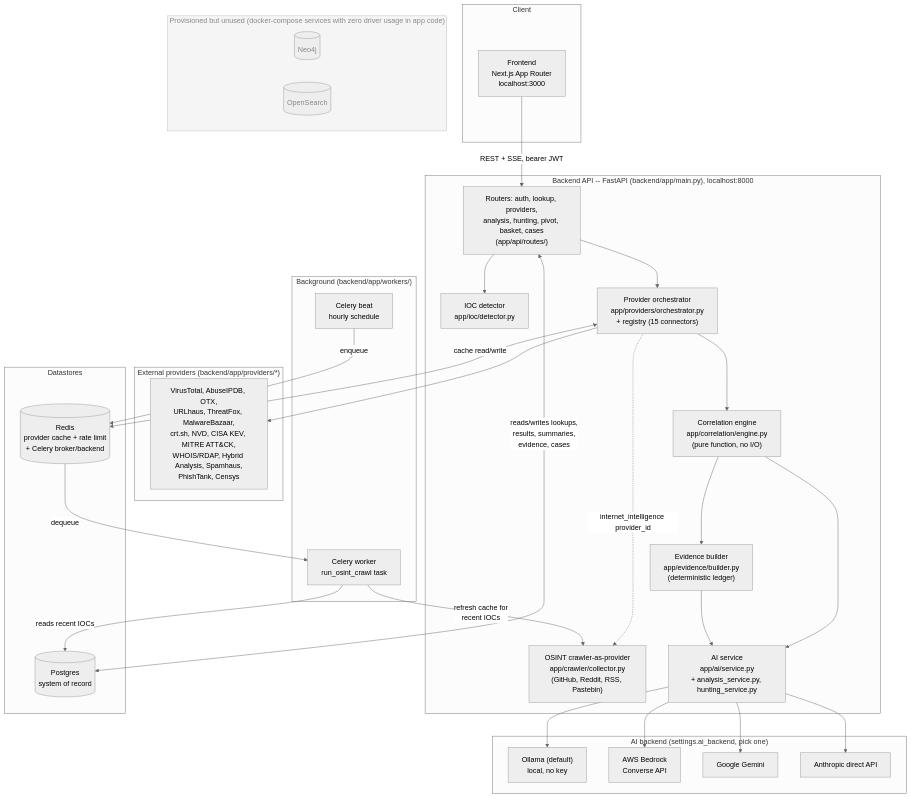
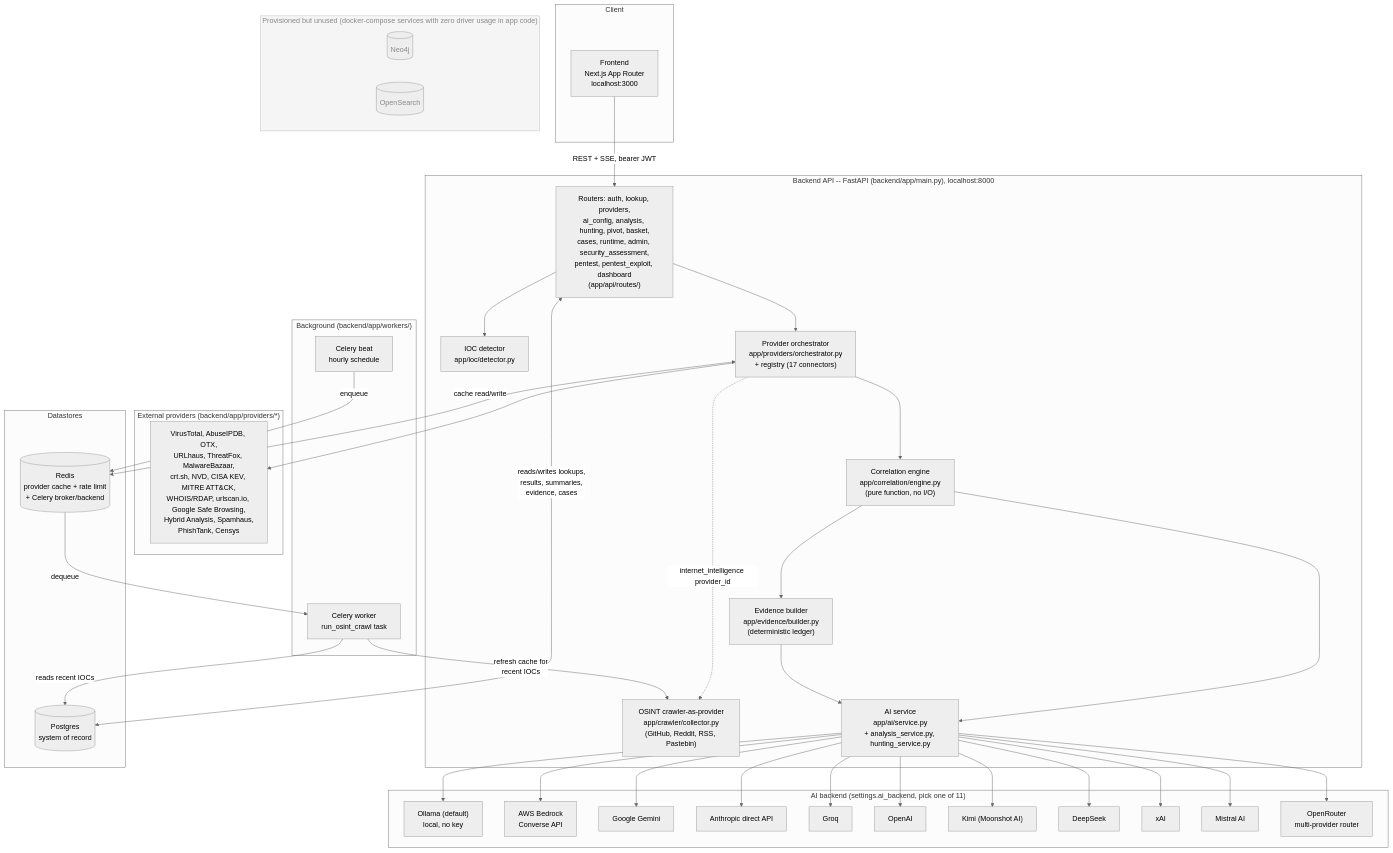
The first of 3 diagrams in docs/ARCHITECTURE.md (neshboy/horizon-grid), drawn with Mermaid (neutral theme) before and after one commit. The commit also changed other lines of this file and 101 other files, not shown here.

````diff
--- a/docs/ARCHITECTURE.md
+++ b/docs/ARCHITECTURE.md
@@ -15,66 +15,80 @@
 ```mermaid
 flowchart TB
     subgraph Client
         FE["Frontend<br/>Next.js App Router<br/>localhost:3000"]
     end
 
     subgraph Backend["Backend API -- FastAPI (backend/app/main.py), localhost:8000"]
-        API["Routers: auth, lookup, providers,<br/>analysis, hunting, pivot, basket, cases<br/>(app/api/routes/)"]
+        API["Routers: auth, lookup, providers,<br/>ai_config, analysis, hunting, pivot, basket,<br/>cases, runtime, admin, security_assessment,<br/>pentest, pentest_exploit, dashboard<br/>(app/api/routes/)"]
         DET["IOC detector<br/>app/ioc/detector.py"]
-        ORCH["Provider orchestrator<br/>app/providers/orchestrator.py<br/>+ registry (15 connectors)"]
+        ORCH["Provider orchestrator<br/>app/providers/orchestrator.py<br/>+ registry (17 connectors)"]
         CRAWL["OSINT crawler-as-provider<br/>app/crawler/collector.py<br/>(GitHub, Reddit, RSS, Pastebin)"]
         CORR["Correlation engine<br/>app/correlation/engine.py<br/>(pure function, no I/O)"]
         EVID["Evidence builder<br/>app/evidence/builder.py<br/>(deterministic ledger)"]
         AI["AI service<br/>app/ai/service.py<br/>+ analysis_service.py, hunting_service.py"]
     end
 
-    subgraph AIBackends["AI backend (settings.ai_backend, pick one)"]
+    subgraph AIBackends["AI backend (settings.ai_backend, pick one of 11)"]
         OLLAMA["Ollama (default)<br/>local, no key"]
         BEDROCK["AWS Bedrock<br/>Converse API"]
         GEMINI["Google Gemini"]
         ANTHROPIC["Anthropic direct API"]
+        GROQ["Groq"]
+        OPENAI["OpenAI"]
+        KIMI["Kimi (Moonshot AI)"]
+        DEEPSEEK["DeepSeek"]
+        XAI["xAI"]
+        MISTRAL["Mistral AI"]
+        OPENROUTER["OpenRouter<br/>multi-provider router"]
     end
 
     subgraph Providers["External providers (backend/app/providers/*)"]
-        VT["VirusTotal, AbuseIPDB, OTX,<br/>URLhaus, ThreatFox, MalwareBazaar,<br/>crt.sh, NVD, CISA KEV, MITRE ATT&CK,<br/>WHOIS/RDAP, Hybrid Analysis, Spamhaus,<br/>PhishTank, Censys"]
+        VT["VirusTotal, AbuseIPDB, OTX,<br/>URLhaus, ThreatFox, MalwareBazaar,<br/>crt.sh, NVD, CISA KEV, MITRE ATT&CK,<br/>WHOIS/RDAP, urlscan.io, Google Safe Browsing,<br/>Hybrid Analysis, Spamhaus,<br/>PhishTank, Censys"]
     end
 
     subgraph Data["Datastores"]
         PG[("Postgres<br/>system of record")]
         REDIS[("Redis<br/>provider cache + rate limit<br/>+ Celery broker/backend")]
     end
 
     subgraph Background["Background (backend/app/workers/)"]
         CBEAT["Celery beat<br/>hourly schedule"]
         CWORK["Celery worker<br/>run_osint_crawl task"]
     end
 
     subgraph DeadInfra["Provisioned but unused (docker-compose services with zero driver usage in app code)"]
         NEO4J[("Neo4j")]
         OS[("OpenSearch")]
     end
 
     FE -- "REST + SSE, bearer JWT" --> API
     API --> DET
     API --> ORCH
     ORCH --> VT
     ORCH -.->|"internet_intelligence provider_id"| CRAWL
     ORCH --> CORR
     CORR --> EVID
     CORR --> AI
     EVID --> AI
     AI --> OLLAMA
     AI --> BEDROCK
     AI --> GEMINI
     AI --> ANTHROPIC
+    AI --> GROQ
+    AI --> OPENAI
+    AI --> KIMI
+    AI --> DEEPSEEK
+    AI --> XAI
+    AI --> MISTRAL
+    AI --> OPENROUTER
     ORCH <-->|cache read/write| REDIS
     API <-->|reads/writes lookups,<br/>results, summaries,<br/>evidence, cases| PG
     CBEAT -->|enqueue| REDIS
     REDIS -->|dequeue| CWORK
     CWORK -->|refresh cache for<br/>recent IOCs| CRAWL
     CWORK -->|reads recent IOCs| PG
 
     style NEO4J fill:#eee,stroke:#999,color:#888
     style OS fill:#eee,stroke:#999,color:#888
     style DeadInfra fill:#f5f5f5,stroke:#bbb,color:#888
 ```
````
